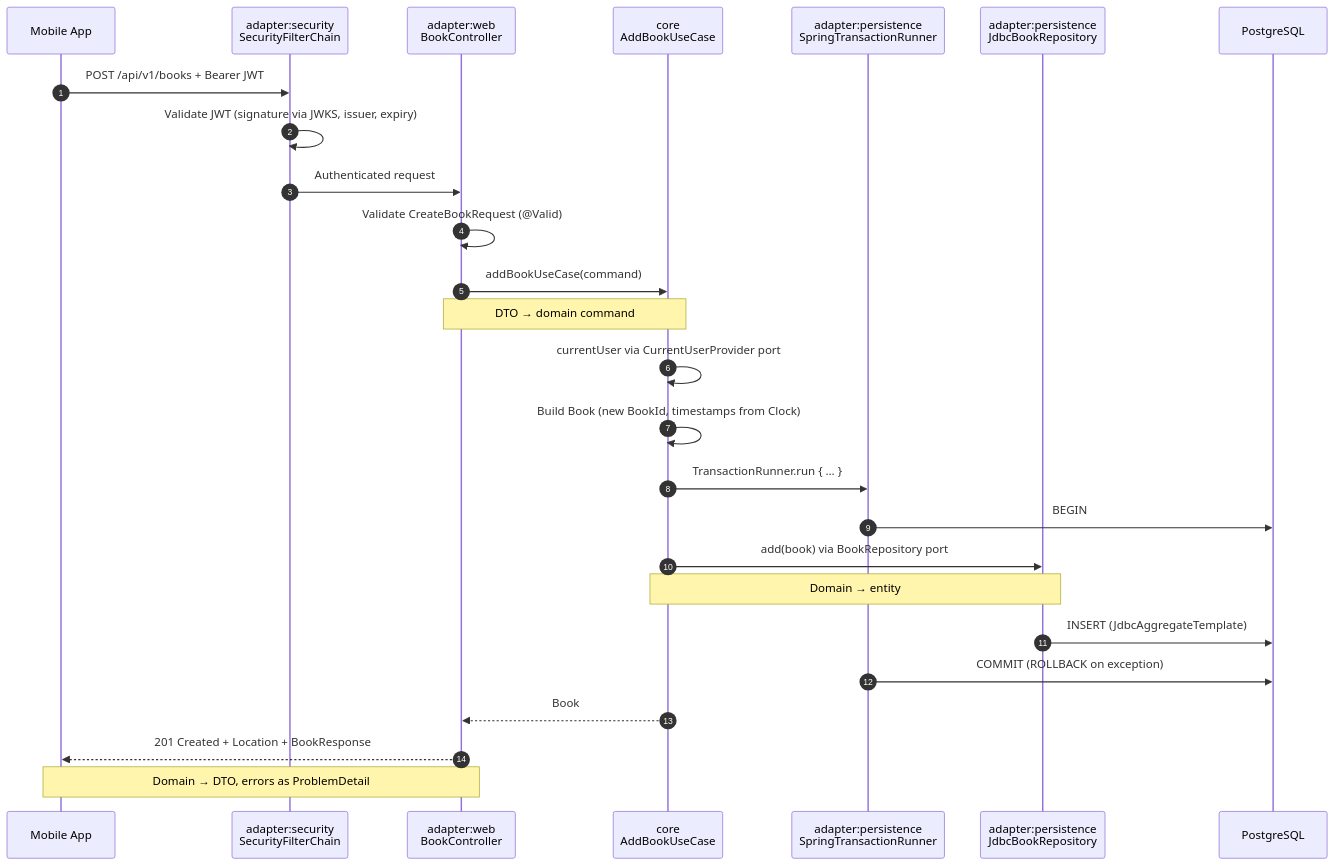
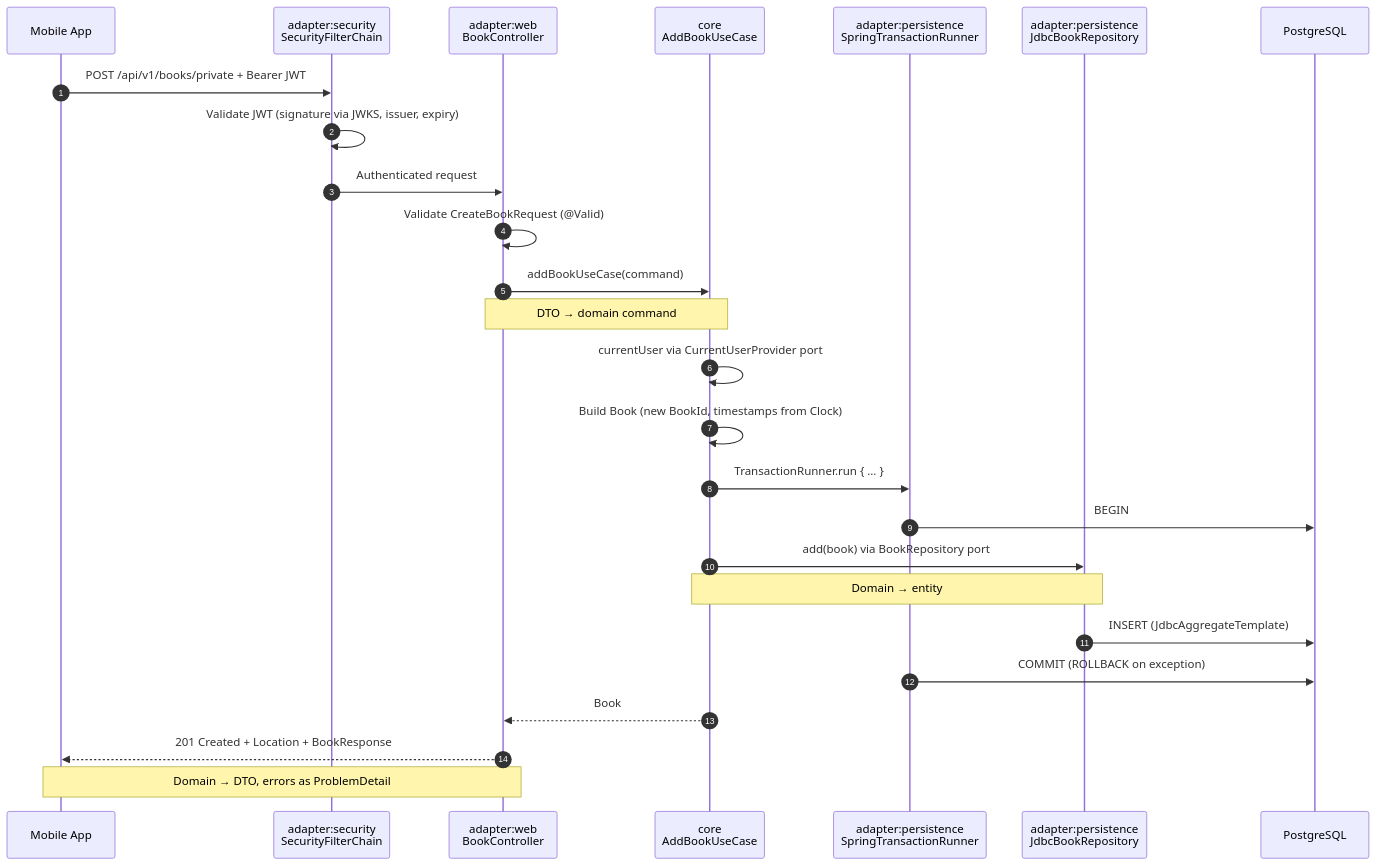
One commit to AnSrwn/BookTracker changed the third of 4 diagrams in backend/docs/architecture.md. Above: the diagram before and after it, drawn with Mermaid. The commit also changed other lines of this file and 37 other files, not shown here.

````diff
--- a/backend/docs/architecture.md
+++ b/backend/docs/architecture.md
@@ -125,29 +125,29 @@
 ```mermaid
 sequenceDiagram
     autonumber
     participant App as Mobile App
     participant Sec as adapter:security<br/>SecurityFilterChain
     participant Ctrl as adapter:web<br/>BookController
     participant UC as core<br/>AddBookUseCase
     participant Tx as adapter:persistence<br/>SpringTransactionRunner
     participant Jdbc as adapter:persistence<br/>JdbcBookRepository
     participant DB as PostgreSQL
 
-    App->>Sec: POST /api/v1/books + Bearer JWT
+    App->>Sec: POST /api/v1/books/private + Bearer JWT
     Sec->>Sec: Validate JWT (signature via JWKS, issuer, expiry)
     Sec->>Ctrl: Authenticated request
     Ctrl->>Ctrl: Validate CreateBookRequest (@Valid)
     Ctrl->>UC: addBookUseCase(command)
     Note over Ctrl,UC: DTO → domain command
     UC->>UC: currentUser via CurrentUserProvider port
     UC->>UC: Build Book (new BookId, timestamps from Clock)
     UC->>Tx: TransactionRunner.run { … }
     Tx->>DB: BEGIN
     UC->>Jdbc: add(book) via BookRepository port
     Note over UC,Jdbc: Domain → entity
     Jdbc->>DB: INSERT (JdbcAggregateTemplate)
     Tx->>DB: COMMIT (ROLLBACK on exception)
     UC-->>Ctrl: Book
     Ctrl-->>App: 201 Created + Location + BookResponse
     Note over Ctrl,App: Domain → DTO, errors as ProblemDetail
 ```
````
